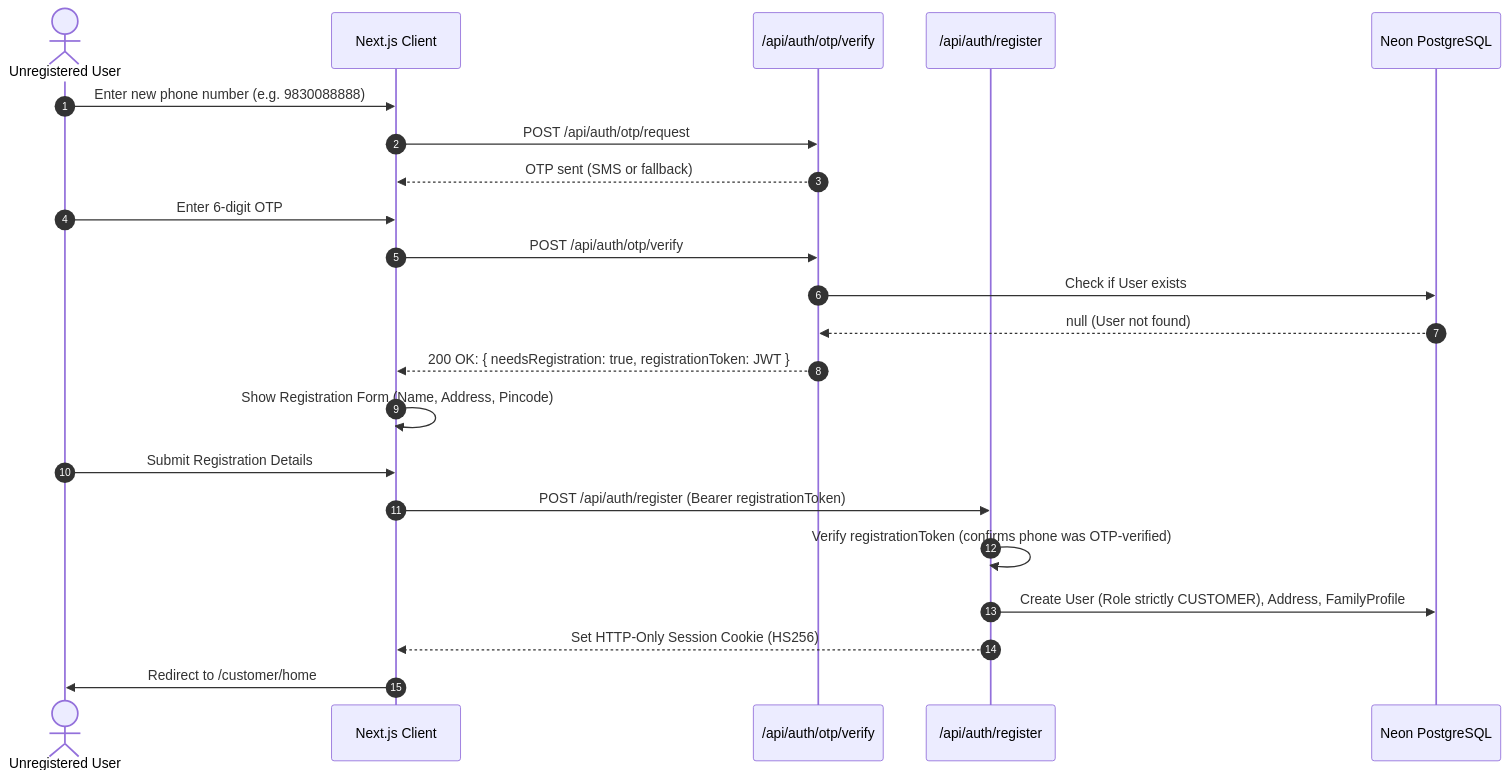
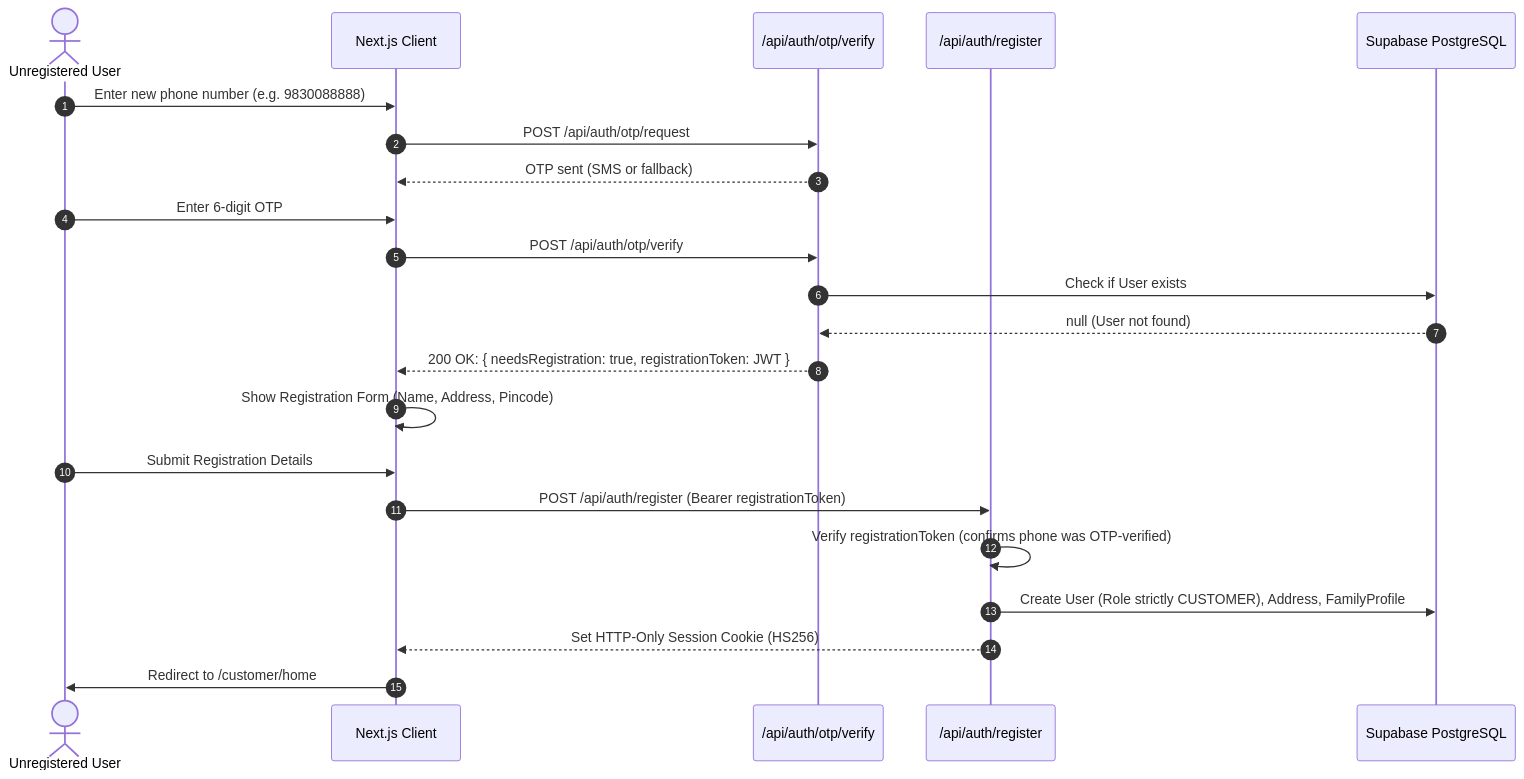
Before and after one commit to P1Manav/MedKart: the second of 2 diagrams in docs/OTP.md, drawn with Mermaid. The commit also changed 35 other files, not shown here.

Commit message:
feat(theme): switch to single theme (#190042 & #B69D0C) and migrate from Neon to Supabase project ckjwjutcipwclhvnqnei

````diff
--- a/docs/OTP.md
+++ b/docs/OTP.md
@@ -78,25 +78,25 @@
 ```mermaid
 sequenceDiagram
     autonumber
     actor Customer as Unregistered User
     participant Web as Next.js Client
     participant Auth as /api/auth/otp/verify
     participant Reg as /api/auth/register
-    participant DB as Neon PostgreSQL
+    participant DB as Supabase PostgreSQL
 
     Customer->>Web: Enter new phone number (e.g. 9830088888)
     Web->>Auth: POST /api/auth/otp/request
     Auth-->>Web: OTP sent (SMS or fallback)
     Customer->>Web: Enter 6-digit OTP
     Web->>Auth: POST /api/auth/otp/verify
     Auth->>DB: Check if User exists
     DB-->>Auth: null (User not found)
     Auth-->>Web: 200 OK: { needsRegistration: true, registrationToken: JWT }
     Web->>Web: Show Registration Form (Name, Address, Pincode)
     Customer->>Web: Submit Registration Details
     Web->>Reg: POST /api/auth/register (Bearer registrationToken)
     Reg->>Reg: Verify registrationToken (confirms phone was OTP-verified)
     Reg->>DB: Create User (Role strictly CUSTOMER), Address, FamilyProfile
     Reg-->>Web: Set HTTP-Only Session Cookie (HS256)
     Web->>Customer: Redirect to /customer/home
 ```
````
